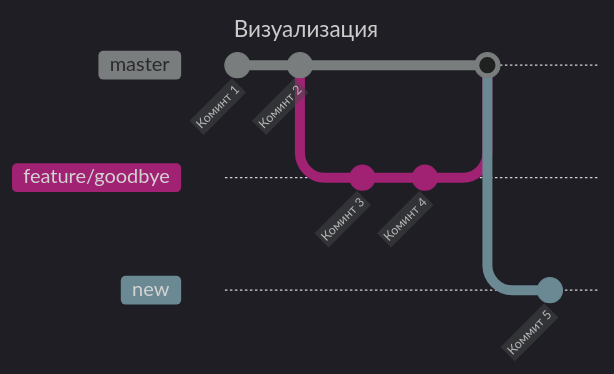
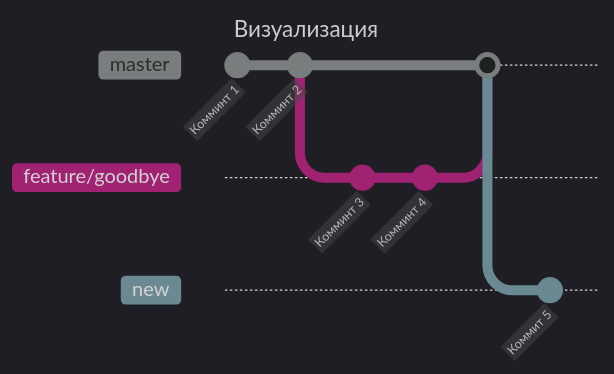
The fifth of 11 diagrams in docs/Глава 2/2.2 Пример работы с локальным Git.md (PWFoox/PWFoox_Wiki), drawn with Mermaid before and after one commit. The commit also changed other lines of this file and 9 other files, not shown here.

````diff
--- a/docs/Глава 2/2.2 Пример работы с локальным Git.md
+++ b/docs/Глава 2/2.2 Пример работы с локальным Git.md
@@ -248,18 +248,18 @@
 ```mermaid
 ---
 title: Визуализация
 ---
 %%{init: {'gitGraph':{'mainBranchName': 'master'}, 'theme': 'dark'}}%%
 gitGraph
-   commit id: "Коминт 1"
-   commit id: "Коминт 2"
+   commit id: "Комминт 1"
+   commit id: "Комминт 2"
    branch feature/goodbye
    checkout feature/goodbye
-   commit id: "Коминт 3"
-   commit id: "Коминт 4"
+   commit id: "Комминт 3"
+   commit id: "Комминт 4"
    checkout master
    merge feature/goodbye
    branch new
    checkout new
    commit id: "Коммит 5"
 ```
````
